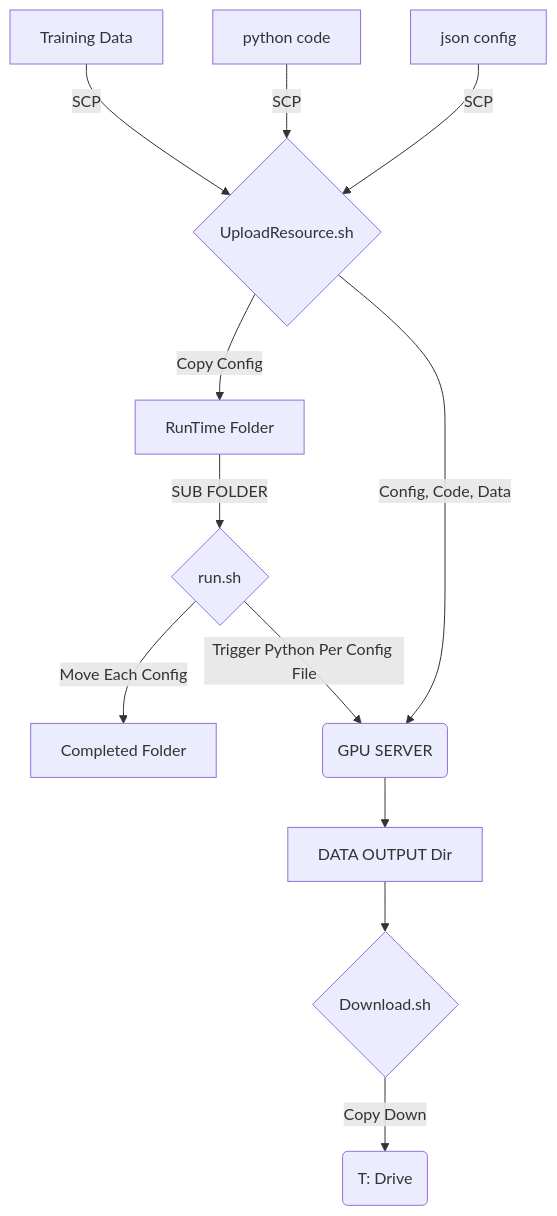
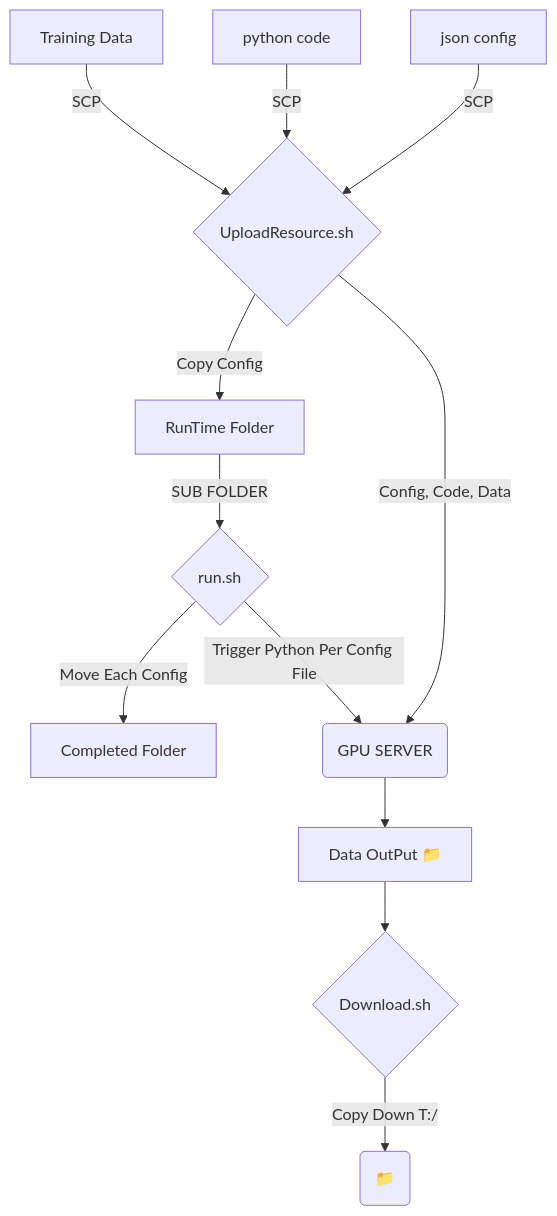
One commit to hung135/gpu_tasker changed the diagram in flow_chart.md. Above: the diagram before and after it, drawn with Mermaid.

````diff
--- a/flow_chart.md
+++ b/flow_chart.md
@@ -1,21 +1,22 @@
 ```mermaid
 graph TD
     A[json config] -->|SCP| F
     B -->|SCP| F
     C -->|SCP| F   
     B[python code]
     C[Training Data]
     D[RunTime Folder] 
     E[Completed Folder]
     F{UploadResource.sh}-->|Config, Code, Data|G
     F -->|Copy Config|D
     G(GPU SERVER)
     H{run.sh}-->|Move Each Config|E 
     H-->|Trigger Python Per Config File|G 
     D -->|SUB FOLDER| H
-    G-->II[DATA OUTPUT Dir]-->I
-    I{Download.sh}-->|Copy Down|J
-    J(T: Drive)
+    G-->II["Data OutPut #128193;"]-->I
+    I{Download.sh}-->|"Copy Down T:/"|J
+    J("#128193;")
+    
     
     
 ```
````
